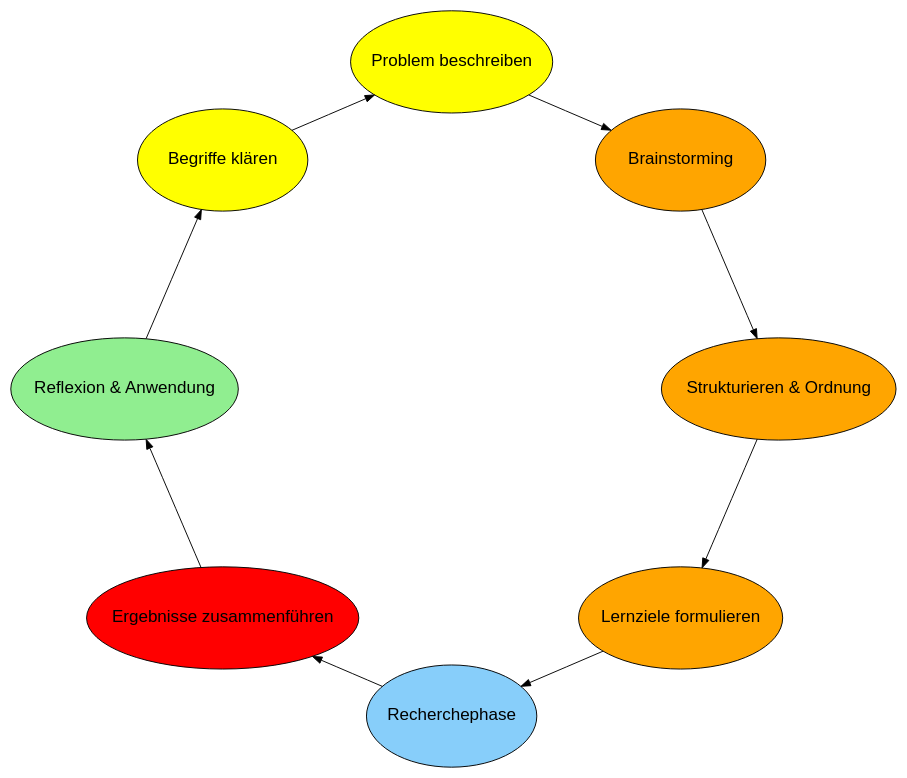
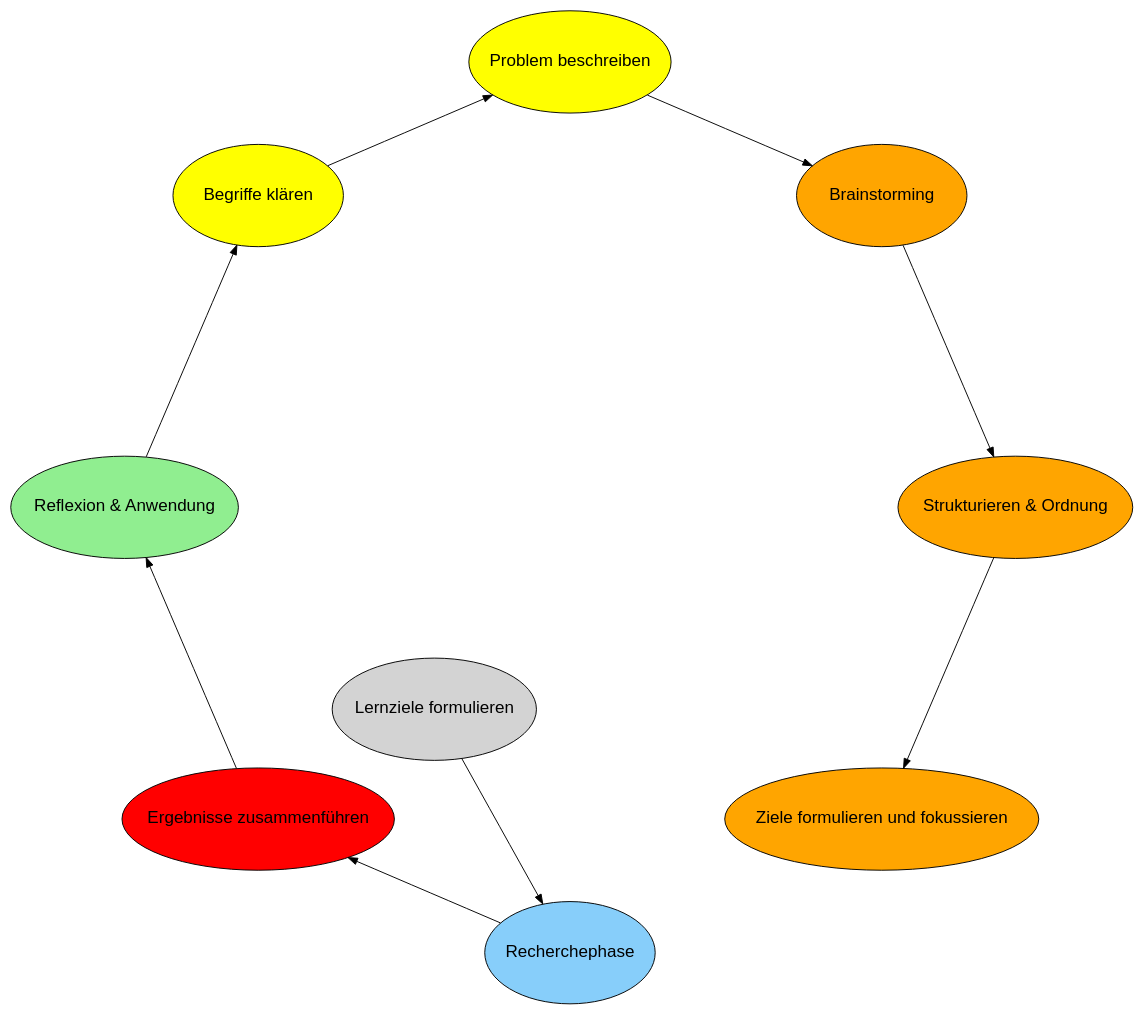
The diagram in unit99/tag-3.qmd (OGERHub/aslo), drawn with Graphviz before and after one commit.

````diff
--- a/unit99/tag-3.qmd
+++ b/unit99/tag-3.qmd
@@ -162,31 +162,31 @@
 ```{dot}
 digraph PBL {
     graph [layout=neato, splines=true, overlap=false];
     node [shape=ellipse, width=2.5, height=1.5, style=filled, fontname="Helvetica", fontsize=18];
 
     // Erstes Segment (Farbe Blau)
     "Problem beschreiben" [pos="0,2!", fillcolor=yellow];
     "Brainstorming" [pos="1.4,1.4!", fillcolor=orange];
     "Strukturieren & Ordnung" [pos="2,0!", fillcolor=orange];
-    "Lernziele formulieren" [pos="1.4,-1.4!", fillcolor=orange];
+    "Ziele formulieren und fokussieren" [pos="1.4,-1.4!", fillcolor=orange];
 
     // Zweites Segment (Farbe Grün)
     "Recherchephase" [pos="0,-2!", fillcolor=lightskyblue];
     "Ergebnisse zusammenführen" [pos="-1.4,-1.4!", fillcolor=red];
     "Reflexion & Anwendung" [pos="-2,0!", fillcolor=lightgreen];
     "Begriffe klären" [pos="-1.4,1.4!", fillcolor=yellow];
 
     // Fluss
     "Problem beschreiben" -> "Brainstorming";
     "Brainstorming" -> "Strukturieren & Ordnung";
-    "Strukturieren & Ordnung" -> "Lernziele formulieren";
+    "Strukturieren & Ordnung" -> "Ziele formulieren und fokussieren";
     "Lernziele formulieren" -> "Recherchephase";
     "Recherchephase" -> "Ergebnisse zusammenführen";
     "Ergebnisse zusammenführen" -> "Reflexion & Anwendung";
     "Reflexion & Anwendung" -> "Begriffe klären";
     "Begriffe klären" -> "Problem beschreiben";
 }
 
 
 
 ```
````
